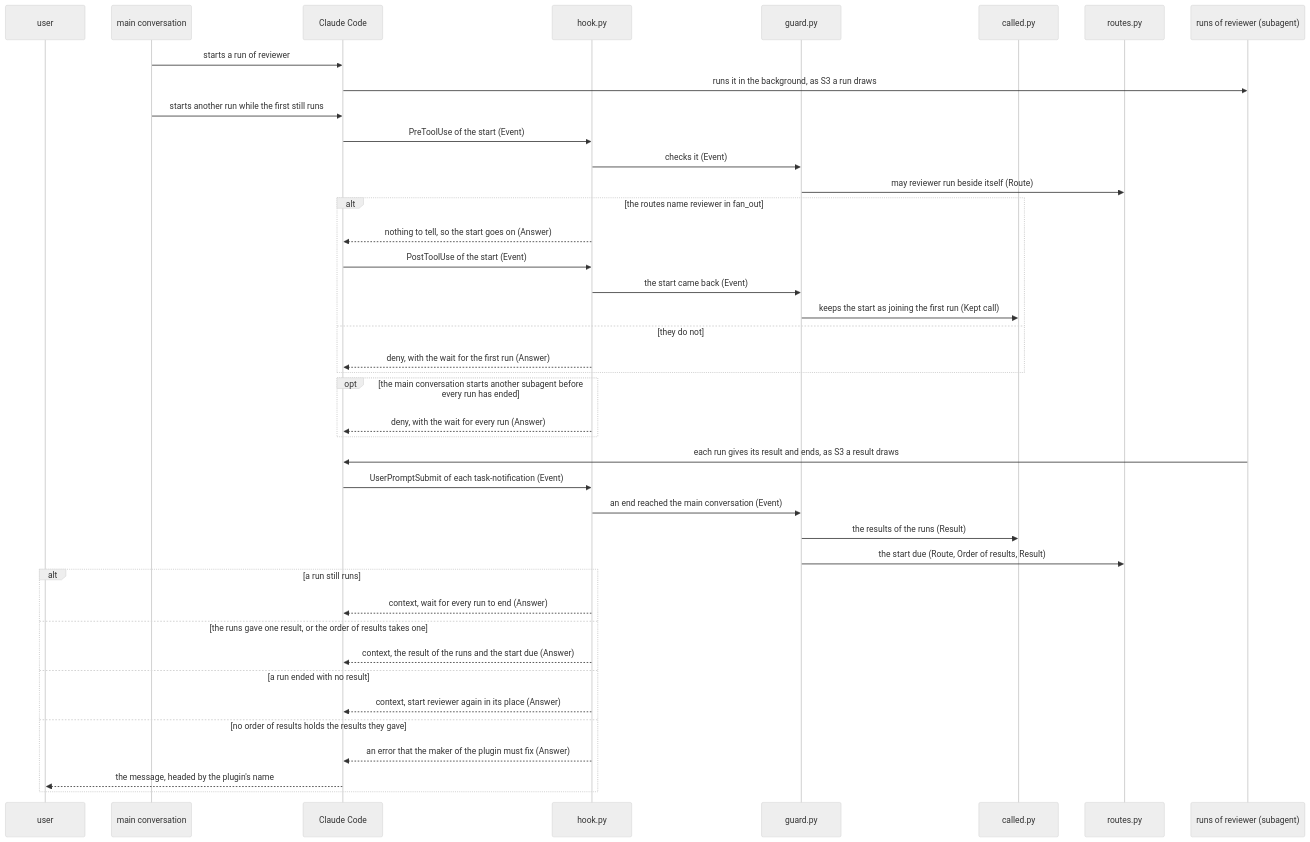
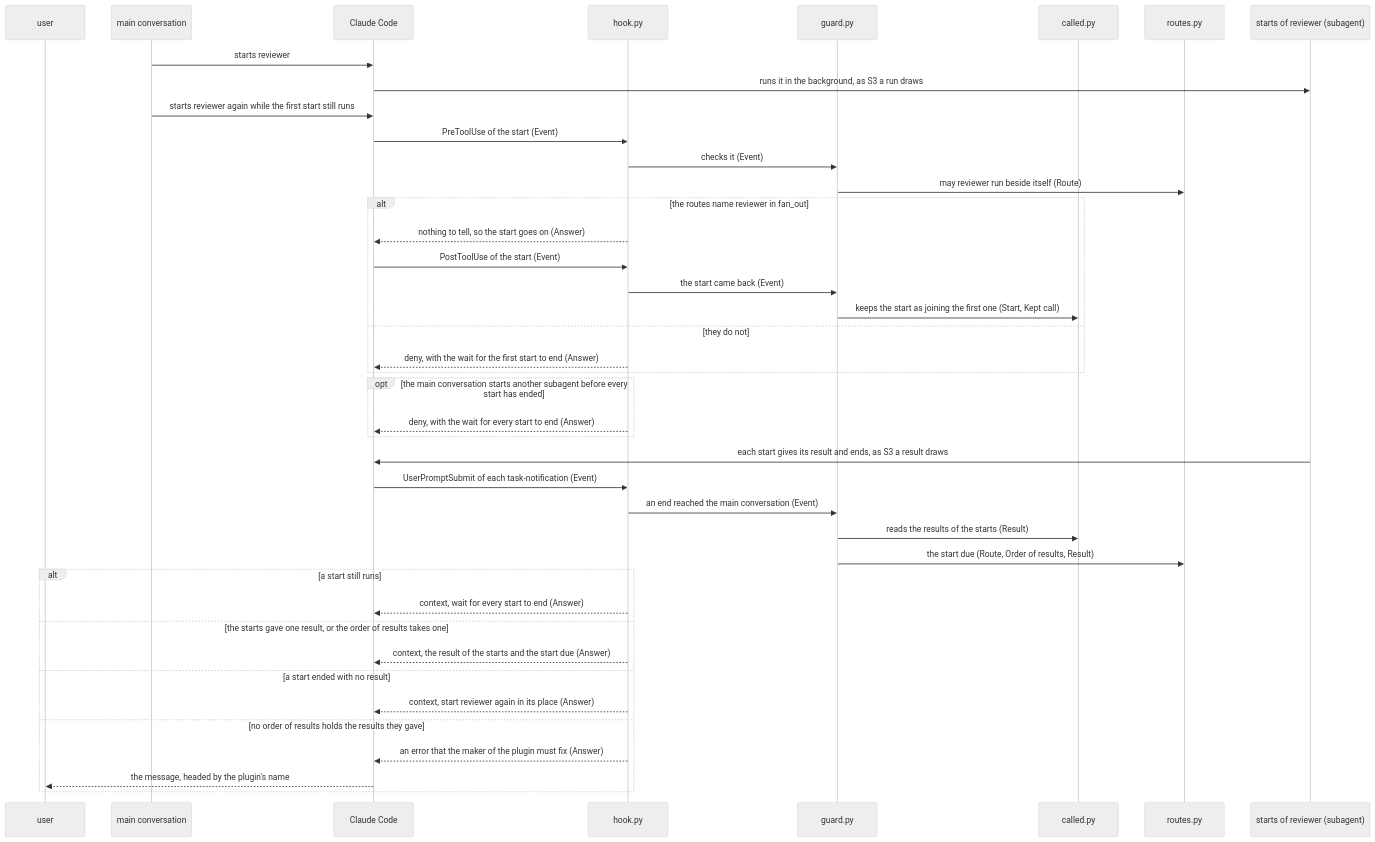
One commit to lovaizu/ccpm changed the sixth of 7 diagrams in dev/lane/architecture.md. Above: the diagram before and after it, drawn with Mermaid (neutral theme). The commit also changed other lines of this file and 7 other files, not shown here.

````diff
--- a/dev/lane/architecture.md
+++ b/dev/lane/architecture.md
@@ -582,43 +611,43 @@
 ```mermaid
 sequenceDiagram
   participant U as user
   participant M as main conversation
   participant CC as Claude Code
   participant H as hook.py
   participant G as guard.py
   participant C as called.py
   participant RT as routes.py
-  participant S as runs of reviewer (subagent)
-  M->>CC: starts a run of reviewer
+  participant S as starts of reviewer (subagent)
+  M->>CC: starts reviewer
   CC->>S: runs it in the background, as S3 a run draws
-  M->>CC: starts another run while the first still runs
+  M->>CC: starts reviewer again while the first start still runs
   CC->>H: PreToolUse of the start (Event)
   H->>G: checks it (Event)
   G->>RT: may reviewer run beside itself (Route)
   alt the routes name reviewer in fan_out
     H-->>CC: nothing to tell, so the start goes on (Answer)
     CC->>H: PostToolUse of the start (Event)
     H->>G: the start came back (Event)
-    G->>C: keeps the start as joining the first run (Kept call)
+    G->>C: keeps the start as joining the first one (Start, Kept call)
   else they do not
-    H-->>CC: deny, with the wait for the first run (Answer)
+    H-->>CC: deny, with the wait for the first start to end (Answer)
   end
-  opt the main conversation starts another subagent before every run has ended
-    H-->>CC: deny, with the wait for every run (Answer)
+  opt the main conversation starts another subagent before every start has ended
+    H-->>CC: deny, with the wait for every start to end (Answer)
   end
-  S->>CC: each run gives its result and ends, as S3 a result draws
+  S->>CC: each start gives its result and ends, as S3 a result draws
   CC->>H: UserPromptSubmit of each task-notification (Event)
   H->>G: an end reached the main conversation (Event)
-  G->>C: the results of the runs (Result)
+  G->>C: reads the results of the starts (Result)
   G->>RT: the start due (Route, Order of results, Result)
-  alt a run still runs
-    H-->>CC: context, wait for every run to end (Answer)
-  else the runs gave one result, or the order of results takes one
-    H-->>CC: context, the result of the runs and the start due (Answer)
-  else a run ended with no result
+  alt a start still runs
+    H-->>CC: context, wait for every start to end (Answer)
+  else the starts gave one result, or the order of results takes one
+    H-->>CC: context, the result of the starts and the start due (Answer)
+  else a start ended with no result
     H-->>CC: context, start reviewer again in its place (Answer)
   else no order of results holds the results they gave
     H-->>CC: an error that the maker of the plugin must fix (Answer)
     CC-->>U: the message, headed by the plugin's name
   end
 ```
````
